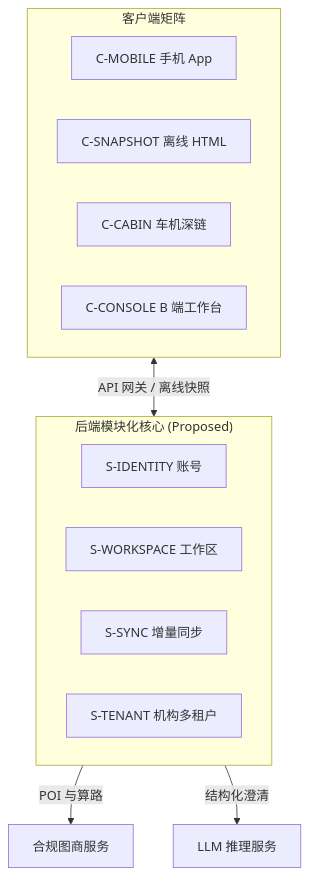
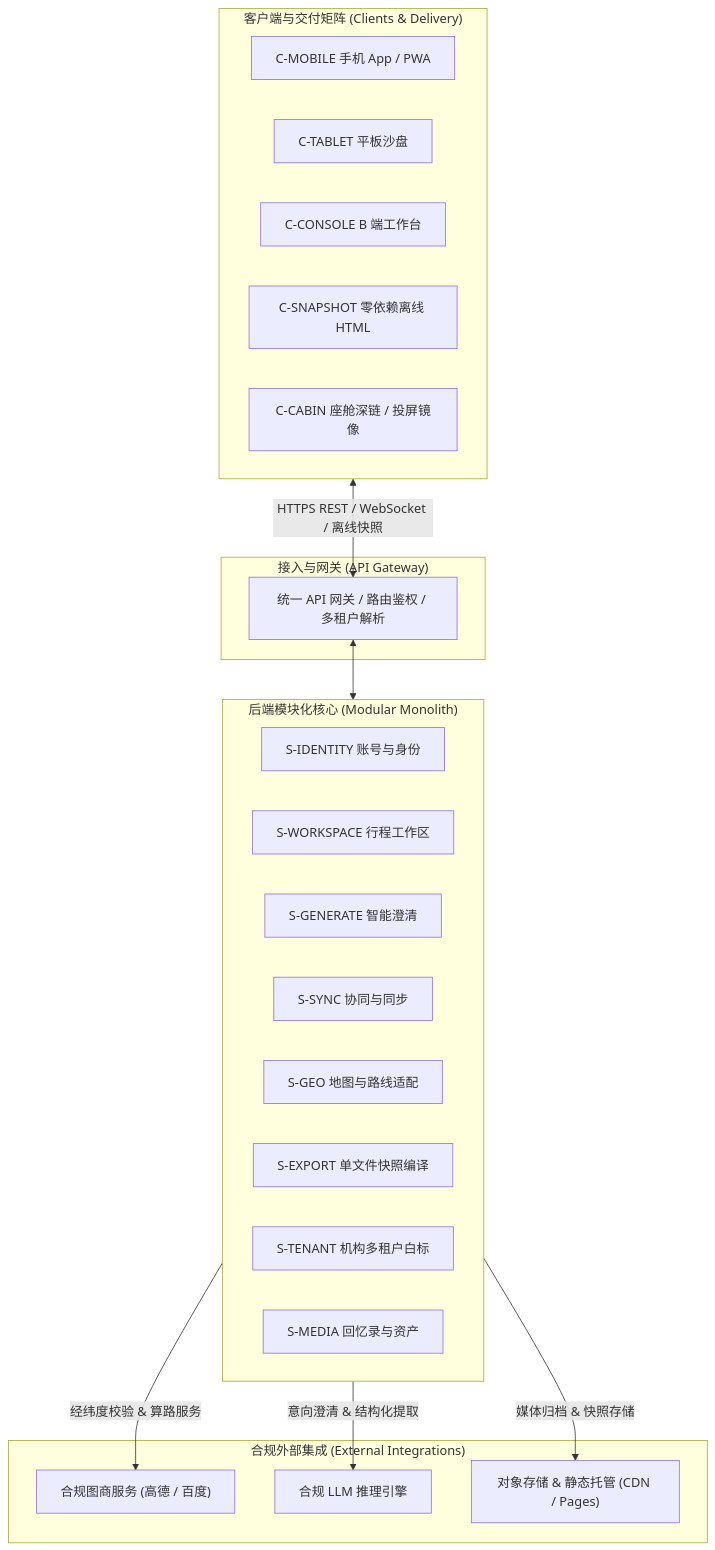
One commit to JohnMaxwell0123/TripCraft changed the second of 2 diagrams in README.md. Above: the diagram before and after it, drawn with Mermaid. The commit also changed other lines of this file and 2 other files, not shown here.

````diff
--- a/README.md
+++ b/README.md
@@ -45,18 +67,37 @@
 ```mermaid
 flowchart TB
-    subgraph CLIENTS["客户端矩阵"]
-        C_MOB["C-MOBILE 手机 App"]
-        C_SNAP["C-SNAPSHOT 离线 HTML"]
-        C_CAB["C-CABIN 车机深链"]
+    subgraph CLIENTS["客户端与交付矩阵 (Clients & Delivery)"]
+        C_MOB["C-MOBILE 手机 App / PWA"]
+        C_TAB["C-TABLET 平板沙盘"]
         C_CON["C-CONSOLE B 端工作台"]
+        C_SNAP["C-SNAPSHOT 零依赖离线 HTML"]
+        C_CAB["C-CABIN 座舱深链 / 投屏镜像"]
     end
-    subgraph BACKEND["后端模块化核心 (Proposed)"]
-        S_ID["S-IDENTITY 账号"]
-        S_WS["S-WORKSPACE 工作区"]
-        S_SYNC["S-SYNC 增量同步"]
-        S_TEN["S-TENANT 机构多租户"]
+
+    subgraph GATEWAY["接入与网关 (API Gateway)"]
+        GW["统一 API 网关 / 路由鉴权 / 多租户解析"]
     end
-    CLIENTS <-->|API 网关 / 离线快照| BACKEND
-    BACKEND -->|POI 与算路| MAP["合规图商服务"]
-    BACKEND -->|结构化澄清| AI["LLM 推理服务"]
+
+    subgraph BACKEND["后端模块化核心 (Modular Monolith)"]
+        S_ID["S-IDENTITY 账号与身份"]
+        S_WS["S-WORKSPACE 行程工作区"]
+        S_GEN["S-GENERATE 智能澄清"]
+        S_SYNC["S-SYNC 协同与同步"]
+        S_GEO["S-GEO 地图与路线适配"]
+        S_EXP["S-EXPORT 单文件快照编译"]
+        S_TEN["S-TENANT 机构多租户白标"]
+        S_MEDIA["S-MEDIA 回忆录与资产"]
+    end
+
+    subgraph EXTERNALS["合规外部集成 (External Integrations)"]
+        MAP["合规图商服务 (高德 / 百度)"]
+        AI["合规 LLM 推理引擎"]
+        OSS["对象存储 & 静态托管 (CDN / Pages)"]
+    end
+
+    CLIENTS <-->|HTTPS REST / WebSocket / 离线快照| GW
+    GW <--> BACKEND
+    BACKEND -->|经纬度校验 & 算路服务| MAP
+    BACKEND -->|意向澄清 & 结构化提取| AI
+    BACKEND -->|媒体归档 & 快照存储| OSS
 ```
````
